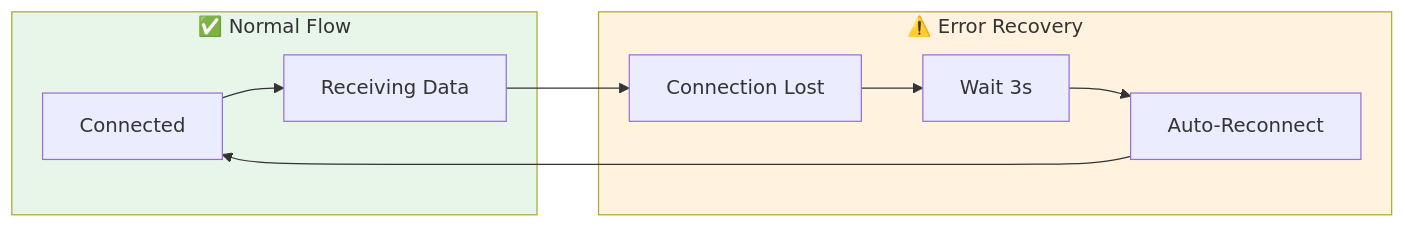
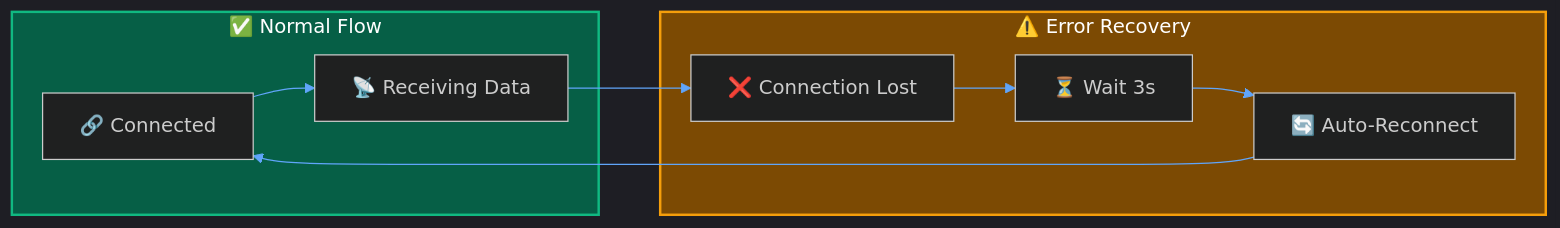
One commit to CHA0S-CORP/SkySpyDocs changed the third of 3 diagrams in docs/Getting Started/sse.md. Above: the diagram before and after it, drawn with Mermaid. The commit also changed other lines of this file and 11 other files, not shown here.

````diff
--- a/docs/Getting Started/sse.md
+++ b/docs/Getting Started/sse.md
@@ -397,17 +399,18 @@
 ```mermaid
+%%{init: {'theme': 'dark', 'themeVariables': { 'primaryColor': '#1e3a5f', 'primaryTextColor': '#fff', 'primaryBorderColor': '#3b82f6', 'lineColor': '#60a5fa'}}}%%
 flowchart LR
     subgraph Normal["✅ Normal Flow"]
-        CONN[Connected] --> DATA[Receiving Data]
+        CONN["🔗 Connected"] --> DATA["📡 Receiving Data"]
     end
 
     subgraph Error["⚠️ Error Recovery"]
-        ERR[Connection Lost] --> WAIT[Wait 3s]
-        WAIT --> RETRY[Auto-Reconnect]
+        ERR["❌ Connection Lost"] --> WAIT["⏳ Wait 3s"]
+        WAIT --> RETRY["🔄 Auto-Reconnect"]
         RETRY --> CONN
     end
 
     DATA --> ERR
 
-    style Normal fill:#e8f5e9
-    style Error fill:#fff3e0
+    style Normal fill:#065f46,stroke:#10b981,stroke-width:2px,color:#fff
+    style Error fill:#7c4a03,stroke:#f59e0b,stroke-width:2px,color:#fff
 ```
````
